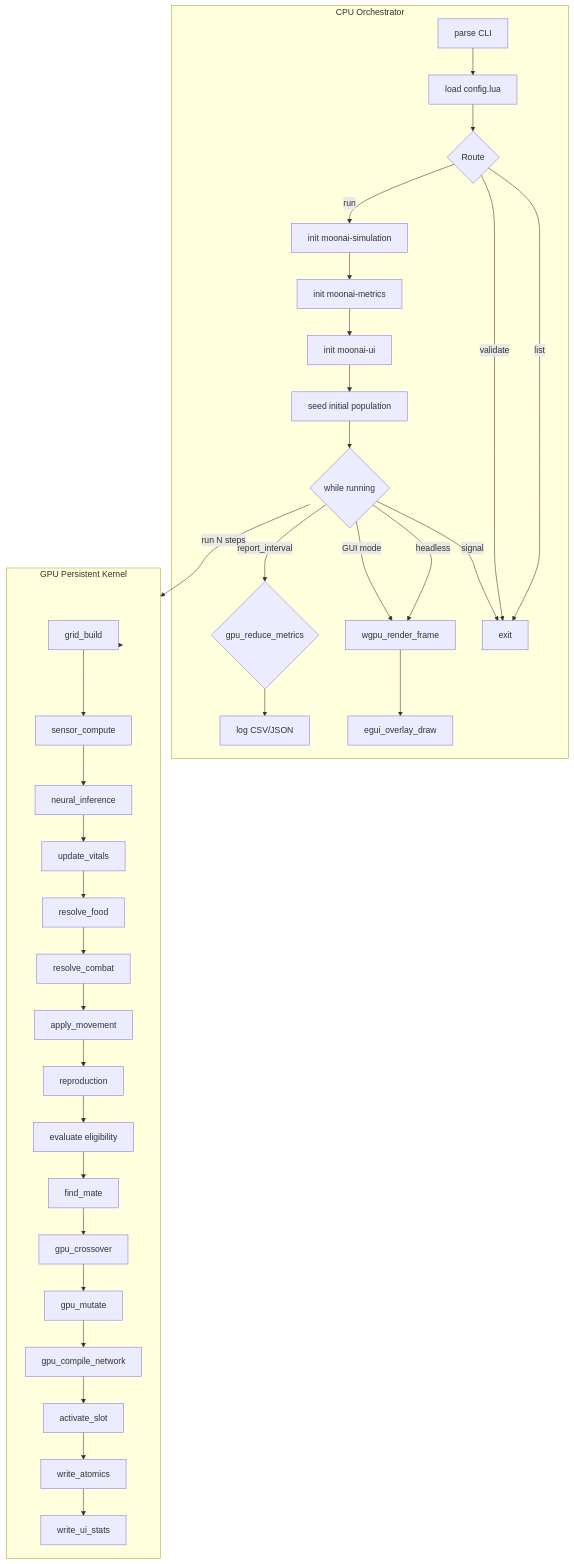
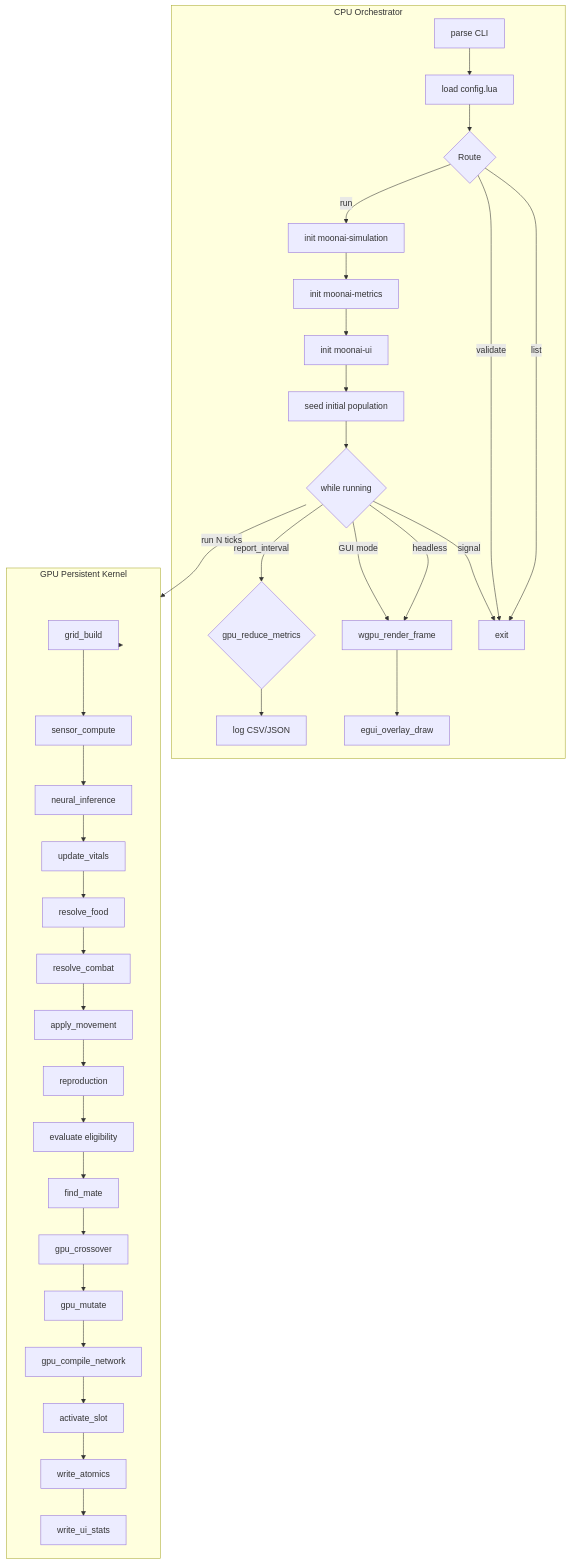
The second of 4 diagrams in docs/internals/roadmap.md (oguzhanozkaya/moonai), drawn with Mermaid before and after one commit. The commit also changed other lines of this file and 27 other files, not shown here.

````diff
--- a/docs/internals/roadmap.md
+++ b/docs/internals/roadmap.md
@@ -87,52 +44,52 @@
 ```mermaid
 flowchart TD
     subgraph CPU["CPU Orchestrator"]
         CLI[parse CLI]
         LUA[load config.lua]
         ROUTE{Route}
         INIT_SIM[init moonai-simulation]
         INIT_LOG[init moonai-metrics]
         INIT_UI[init moonai-ui]
         SEED[seed initial population]
         TICK_LOOP{while running}
         REDUCE{gpu_reduce_metrics}
         LOG[log CSV/JSON]
         RENDER[wgpu_render_frame]
         UI[egui_overlay_draw]
         EXIT[exit]
     end
 
     subgraph GPU["GPU Persistent Kernel"]
         GRID[grid_build]
         SENSOR[sensor_compute]
         INFERENCE[neural_inference]
         VITALS[update_vitals]
         FOOD[resolve_food]
         COMBAT[resolve_combat]
         MOVE[apply_movement]
         REPRO[reproduction]
         EVAL[evaluate eligibility]
         FIND[find_mate]
         CROSS[gpu_crossover]
         MUT[gpu_mutate]
         COMPILE[gpu_compile_network]
         ACTIVATE[activate_slot]
         ATOMICS[write_atomics]
         UISTATS[write_ui_stats]
     end
 
     CLI --> LUA --> ROUTE
     ROUTE -->|list| EXIT
     ROUTE -->|validate| EXIT
     ROUTE -->|run| INIT_SIM
     INIT_SIM --> INIT_LOG --> INIT_UI --> SEED --> TICK_LOOP
-    TICK_LOOP -->|run N steps| GPU
+    TICK_LOOP -->|run N ticks| GPU
     GPU --> GRID --> SENSOR --> INFERENCE --> VITALS --> FOOD --> COMBAT --> MOVE
     MOVE --> REPRO
     REPRO --> EVAL --> FIND --> CROSS --> MUT --> COMPILE --> ACTIVATE
     ACTIVATE --> ATOMICS --> UISTATS
     TICK_LOOP -->|report_interval| REDUCE --> LOG
     TICK_LOOP -->|headless| RENDER
     TICK_LOOP -->|GUI mode| RENDER --> UI
     TICK_LOOP -->|signal| EXIT
 ```
````
